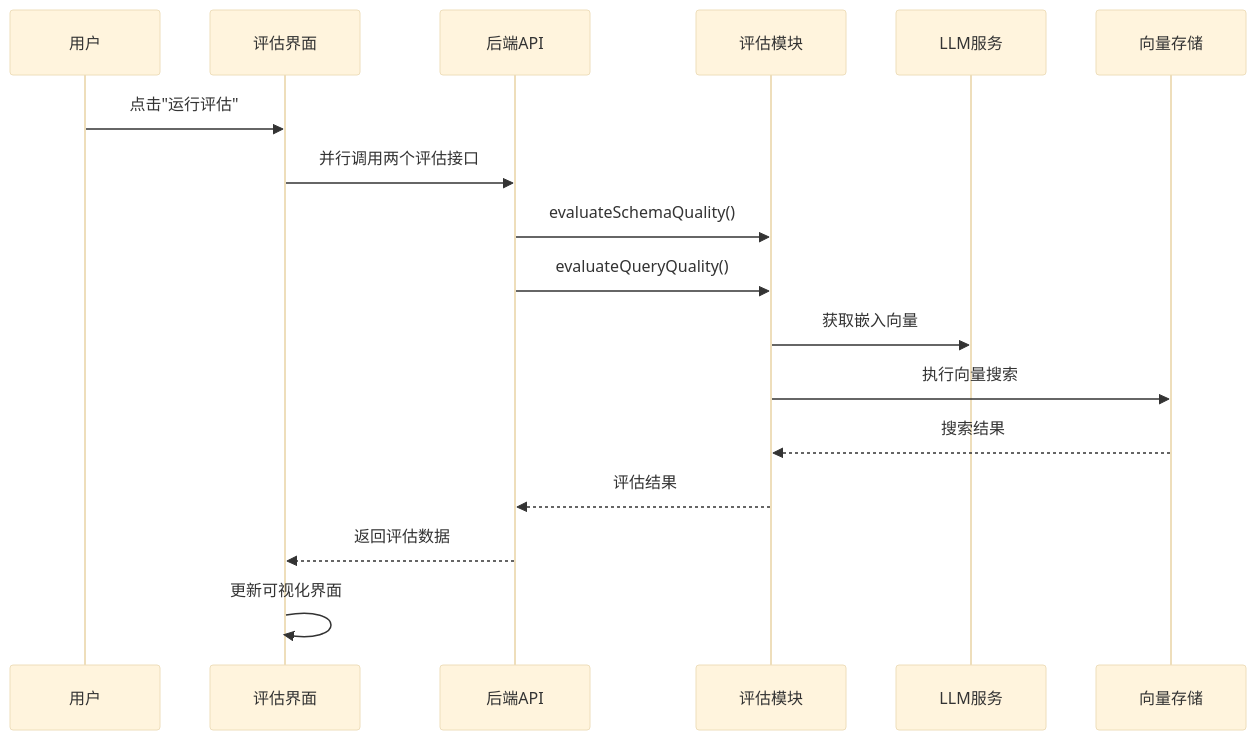
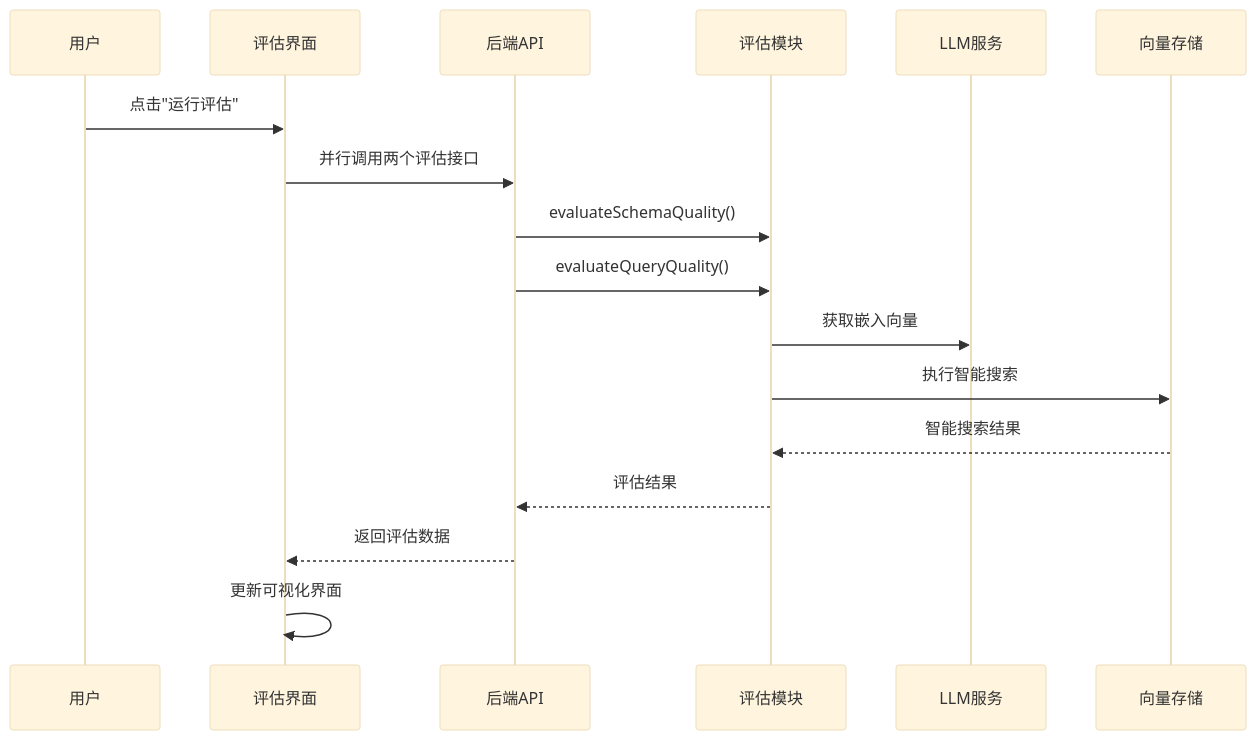
One commit to HanHuiOnLine/724-office changed the ninth of 10 diagrams in .qoder/repowiki/zh/content/核心模块详解/NL2SQL自然语言到SQL系统/NL2SQL向量评估系统.md. Above: the diagram before and after it, drawn with Mermaid (base theme). The commit also changed other lines of this file and 5 other files, not shown here.

````diff
--- a/.qoder/repowiki/zh/content/核心模块详解/NL2SQL自然语言到SQL系统/NL2SQL向量评估系统.md
+++ b/.qoder/repowiki/zh/content/核心模块详解/NL2SQL自然语言到SQL系统/NL2SQL向量评估系统.md
@@ -346,19 +388,19 @@
 ```mermaid
 sequenceDiagram
 participant User as 用户
 participant UI as 评估界面
 participant API as 后端API
 participant Eval as 评估模块
 participant LLM as LLM服务
 participant Vector as 向量存储
 User->>UI : 点击"运行评估"
 UI->>API : 并行调用两个评估接口
 API->>Eval : evaluateSchemaQuality()
 API->>Eval : evaluateQueryQuality()
 Eval->>LLM : 获取嵌入向量
-Eval->>Vector : 执行向量搜索
-Vector-->>Eval : 搜索结果
+Eval->>Vector : 执行智能搜索
+Vector-->>Eval : 智能搜索结果
 Eval-->>API : 评估结果
 API-->>UI : 返回评估数据
 UI->>UI : 更新可视化界面
 ```
````
